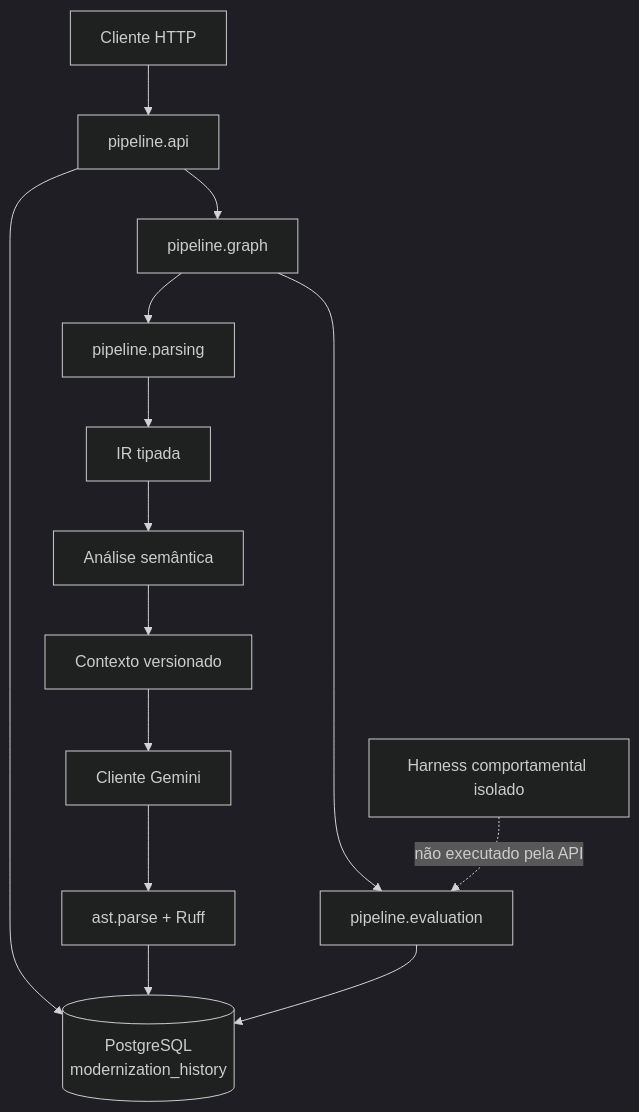
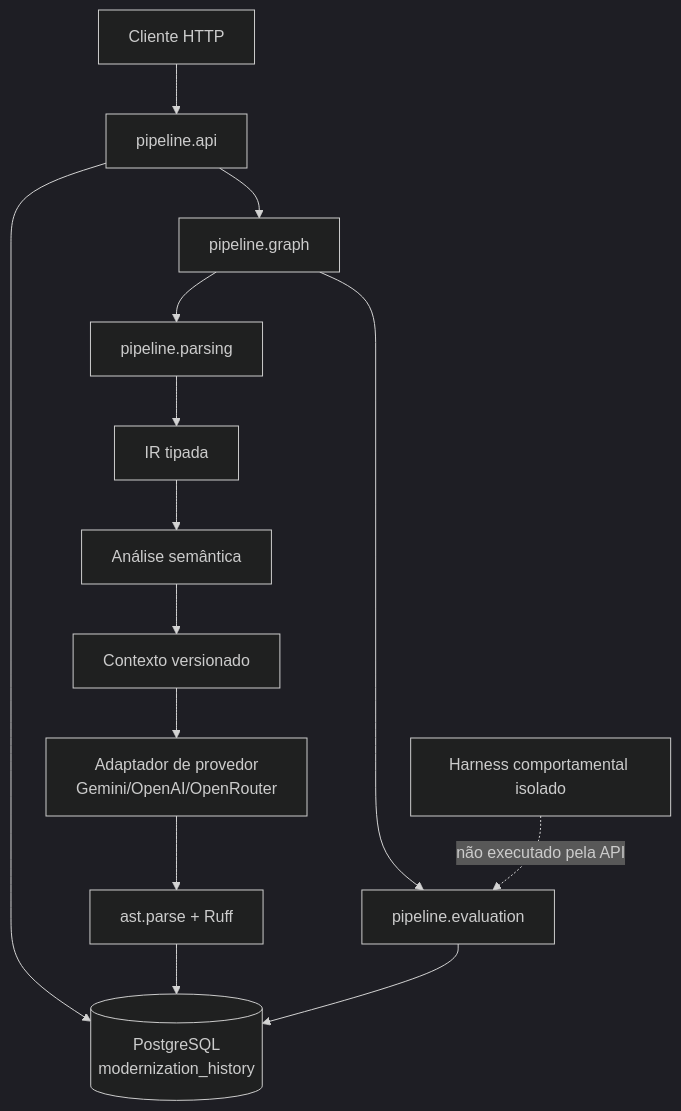
Before and after one commit to enoGuarana/pipeline-hibrido-modernizacao-sql-python: the second of 2 diagrams in docs/architecture.md, drawn with Mermaid (dark theme). The commit also changed other lines of this file and 37 other files, not shown here.

````diff
--- a/docs/architecture.md
+++ b/docs/architecture.md
@@ -32,16 +32,16 @@
 ```mermaid
 flowchart TB
     Client[Cliente HTTP] --> API[pipeline.api]
     API --> History[(PostgreSQL<br/>modernization_history)]
     API --> Graph[pipeline.graph]
     Graph --> Parse[pipeline.parsing]
     Parse --> IR[IR tipada]
     IR --> Analysis[Análise semântica]
     Analysis --> Prompt[Contexto versionado]
-    Prompt --> Provider[Cliente Gemini]
+    Prompt --> Provider[Adaptador de provedor<br/>Gemini/OpenAI/OpenRouter]
     Provider --> Validation[ast.parse + Ruff]
     Validation --> History
     Graph --> Evaluation[pipeline.evaluation]
     Evaluation --> History
     Isolated[Harness comportamental isolado] -.não executado pela API.-> Evaluation
 ```
````
